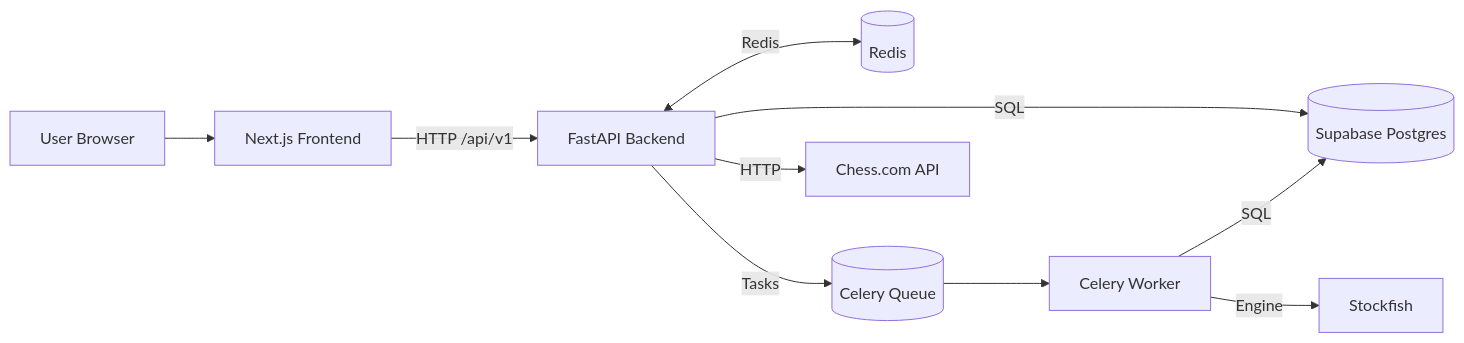
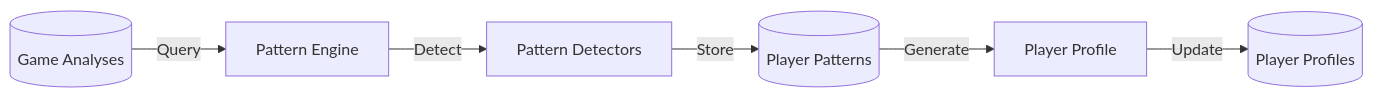
The second of 4 diagrams in docs/requirements/FRD_TECHNICAL.md (ArcnetLabs/chess-AI), drawn with Mermaid before and after one commit. The commit also changed other lines of this file and 74 other files, not shown here.

````diff
--- a/docs/requirements/FRD_TECHNICAL.md
+++ b/docs/requirements/FRD_TECHNICAL.md
@@ -19,12 +634,8 @@
 ```mermaid
 flowchart LR
-    U[User Browser] --> FE[Next.js Frontend]
-    FE -->|HTTP /api/v1| BE[FastAPI Backend]
-    BE -->|SQL| DB[(Supabase Postgres)]
-    BE <-->|Redis| REDIS[(Redis)]
-    BE -->|Tasks| CELERYQ[(Celery Queue)]
-    CELERYQ --> W[Celery Worker]
-    W -->|SQL| DB
-    W -->|Engine| SF[Stockfish]
-    BE -->|HTTP| CHESSCOM[Chess.com API]
+    DB[(Game Analyses)] --> |Query| PRE[Pattern Engine]
+    PRE --> |Detect| PAT[Pattern Detectors]
+    PAT --> |Store| PDB[(Player Patterns)]
+    PDB --> |Generate| PROF[Player Profile]
+    PROF --> |Update| DB2[(Player Profiles)]
 ```
````
